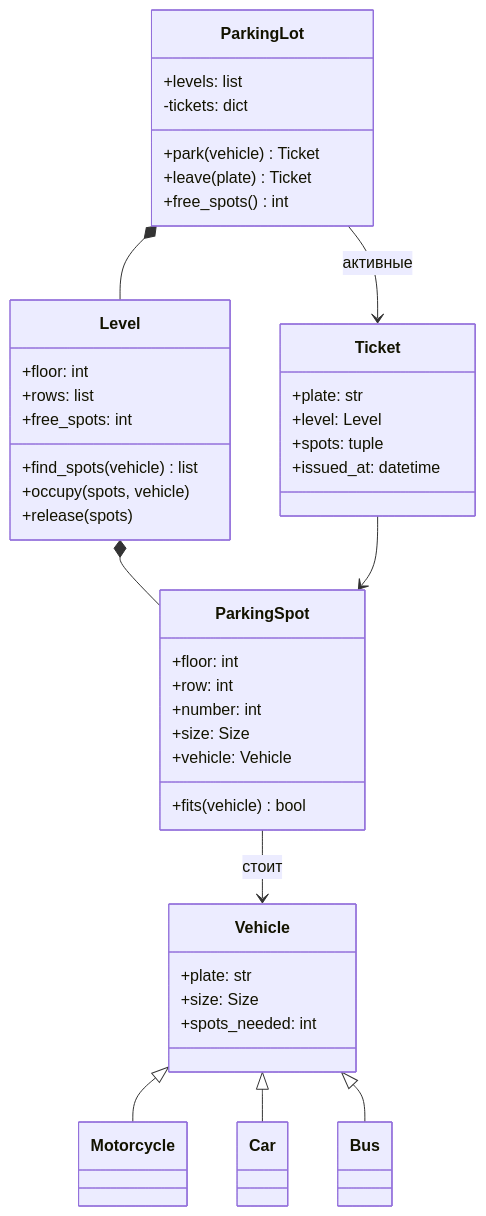
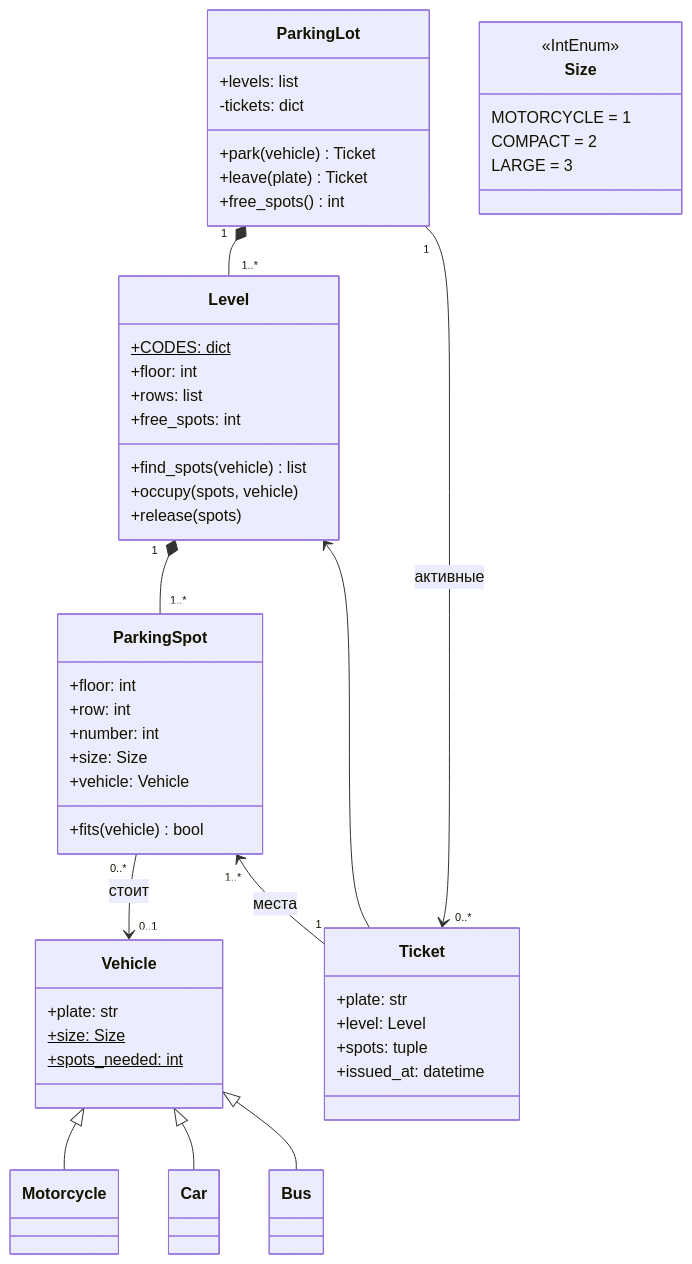
One commit to butyavk/system-design changed the diagram in src/content/docs/ru/ood/parking-lot.mdx. Above: the diagram before and after it, drawn with Mermaid. The commit also changed other lines of this file and 144 other files, not shown here.

````diff
--- a/src/content/docs/ru/ood/parking-lot.mdx
+++ b/src/content/docs/ru/ood/parking-lot.mdx
@@ -37,45 +37,53 @@
 ```mermaid
 classDiagram
   class ParkingLot {
     +levels: list
     -tickets: dict
     +park(vehicle) Ticket
     +leave(plate) Ticket
     +free_spots() int
   }
   class Level {
+    +CODES: dict$
     +floor: int
     +rows: list
     +free_spots: int
     +find_spots(vehicle) list
     +occupy(spots, vehicle)
     +release(spots)
   }
   class ParkingSpot {
     +floor: int
     +row: int
     +number: int
     +size: Size
     +vehicle: Vehicle
     +fits(vehicle) bool
   }
   class Vehicle {
     +plate: str
-    +size: Size
-    +spots_needed: int
+    +size: Size$
+    +spots_needed: int$
+  }
+  class Size {
+    <<IntEnum>>
+    MOTORCYCLE = 1
+    COMPACT = 2
+    LARGE = 3
   }
   class Ticket {
     +plate: str
     +level: Level
     +spots: tuple
     +issued_at: datetime
   }
-  ParkingLot *-- Level
-  Level *-- ParkingSpot
-  ParkingLot --> Ticket : активные
-  Ticket --> ParkingSpot
-  ParkingSpot --> Vehicle : стоит
+  ParkingLot "1" *-- "1..*" Level
+  Level "1" *-- "1..*" ParkingSpot
+  ParkingLot "1" --> "0..*" Ticket : активные
+  Level <-- Ticket
+  ParkingSpot "1..*" <-- "1" Ticket : места
+  ParkingSpot "0..*" --> "0..1" Vehicle : стоит
   Vehicle <|-- Motorcycle
   Vehicle <|-- Car
   Vehicle <|-- Bus
 ```
````
